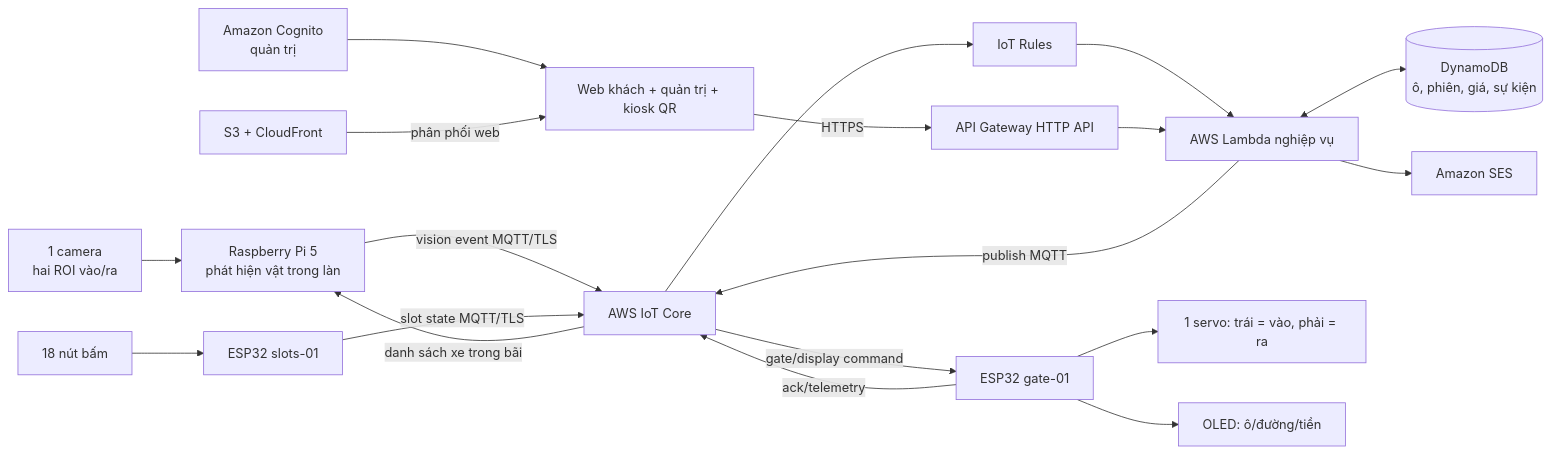
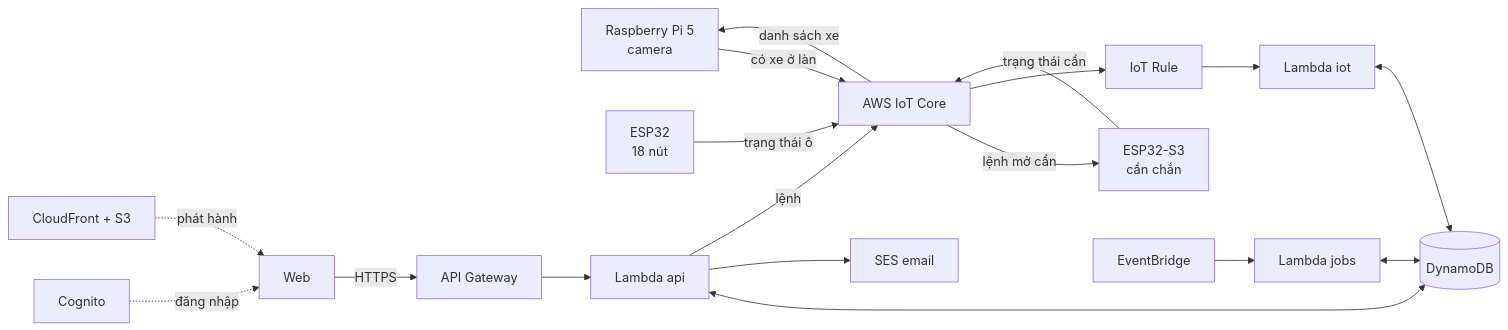
The diagram in docs/architecture.md (Tuyen230605/Smart_parking), drawn with Mermaid before and after one commit. The commit also changed other lines of this file and 54 other files, not shown here.

````diff
--- a/docs/architecture.md
+++ b/docs/architecture.md
@@ -19,21 +13,17 @@
 ```mermaid
 flowchart LR
-  C[1 camera<br/>hai ROI vào/ra] --> PI[Raspberry Pi 5<br/>phát hiện vật trong làn]
-  PI -->|vision event MQTT/TLS| IOT[AWS IoT Core]
-  S[18 nút bấm] --> ESP2[ESP32 slots-01]
-  ESP2 -->|slot state MQTT/TLS| IOT
-  IOT --> RULE[IoT Rules]
-  RULE --> L[AWS Lambda nghiệp vụ]
-  L <--> DB[(DynamoDB<br/>ô, phiên, giá, sự kiện)]
-  L -->|publish MQTT| IOT
-  IOT -->|danh sách xe trong bãi| PI
-  IOT -->|gate/display command| ESP1[ESP32 gate-01]
-  ESP1 --> G1[1 servo: trái = vào, phải = ra]
-  ESP1 --> O[OLED: ô/đường/tiền]
-  ESP1 -->|ack/telemetry| IOT
-  L --> SES[Amazon SES]
-  APP[Web khách + quản trị + kiosk QR] -->|HTTPS| APIG[API Gateway HTTP API]
-  APIG --> L
-  AUTH[Amazon Cognito<br/>quản trị] --> APP
-  CDN[S3 + CloudFront] -->|phân phối web| APP
+  PI[Raspberry Pi 5<br/>camera] -->|có xe ở làn| IOT[AWS IoT Core]
+  IOT -->|danh sách xe| PI
+  SLOTS[ESP32<br/>18 nút] -->|trạng thái ô| IOT
+  IOT -->|lệnh mở cần| GATE[ESP32-S3<br/>cần chắn]
+  GATE -->|trạng thái cần| IOT
+  IOT --> RULE[IoT Rule] --> L1[Lambda iot]
+  L1 <--> DB[(DynamoDB)]
+  WEB[Web] -->|HTTPS| APIG[API Gateway] --> L2[Lambda api]
+  L2 <--> DB
+  L2 --> SES[SES email]
+  L2 -->|lệnh| IOT
+  EB[EventBridge] --> L3[Lambda jobs] <--> DB
+  COG[Cognito] -.đăng nhập.-> WEB
+  CF[CloudFront + S3] -.phát hành.-> WEB
 ```
````
